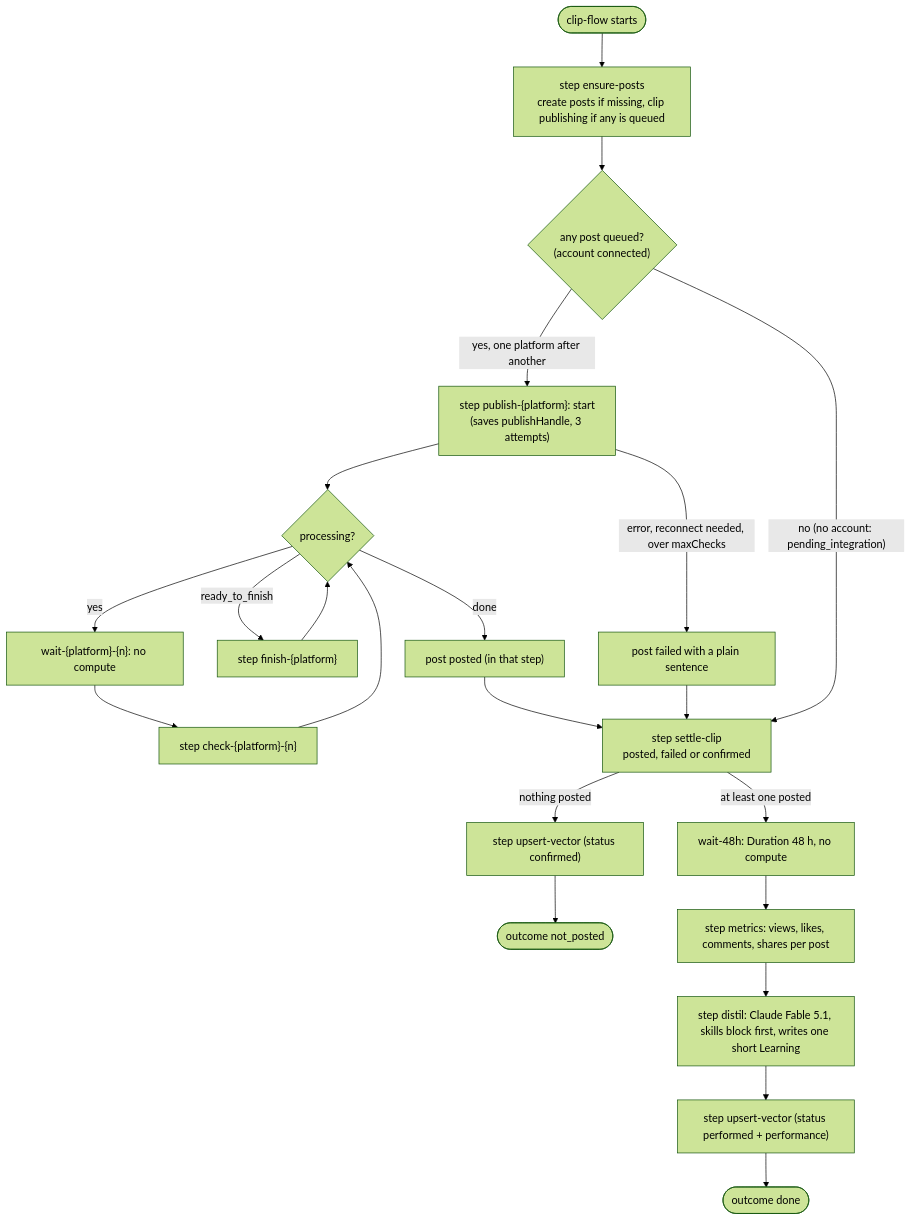
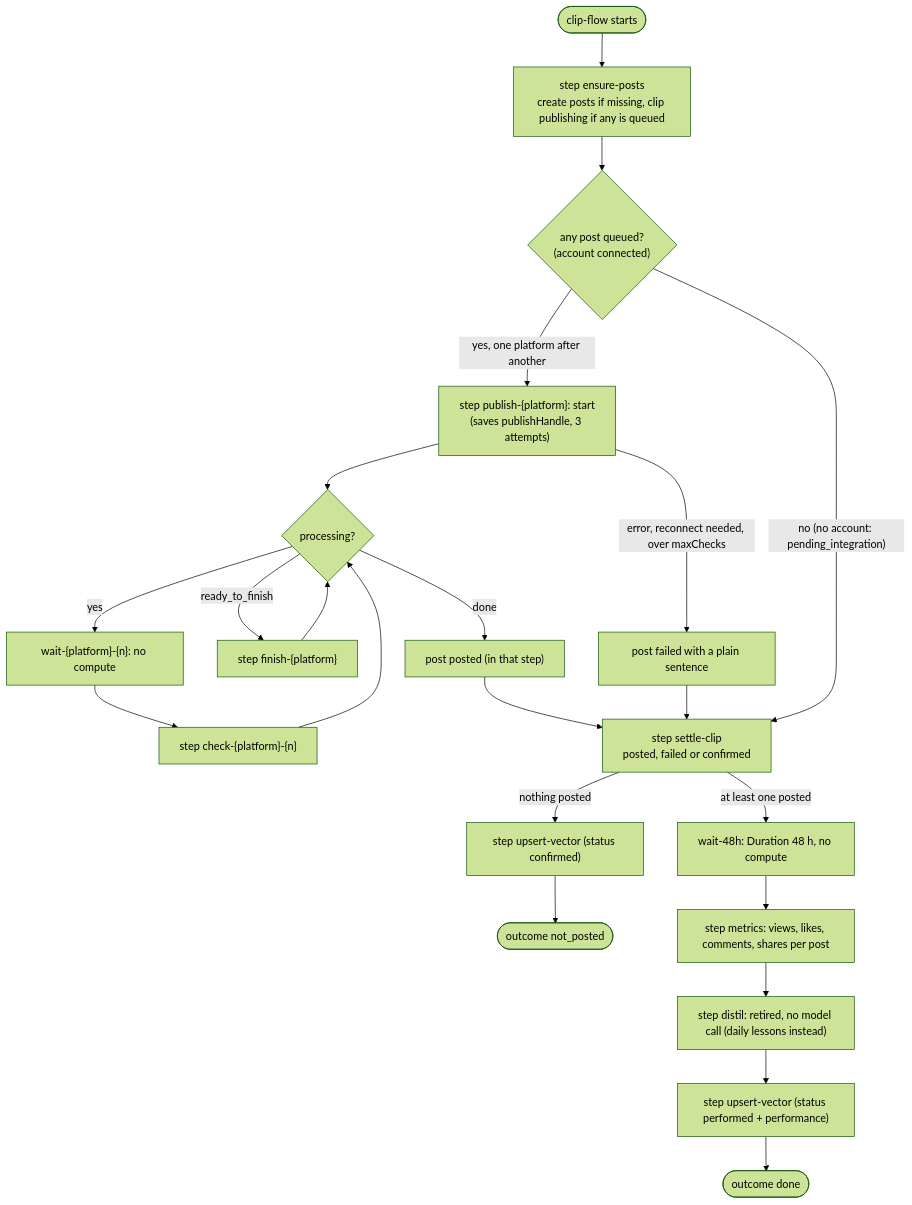
Before and after one commit to Lamo2real/clip-factory: the ninth of 20 diagrams in docs/ARCHITECTURE.md, drawn with Mermaid (forest theme). The commit also changed other lines of this file and 12 other files, not shown here.

````diff
--- a/docs/ARCHITECTURE.md
+++ b/docs/ARCHITECTURE.md
@@ -407,18 +408,18 @@
 ```mermaid
 flowchart TD
   s([clip-flow starts]) --> ep["step ensure-posts<br/>create posts if missing, clip publishing if any is queued"]
   ep --> pub{"any post queued?<br/>(account connected)"}
   pub -- "yes, one platform after another" --> pp["step publish-{platform}: start<br/>(saves publishHandle, 3 attempts)"]
   pp --> chk{"processing?"}
   chk -- yes --> wt["wait-{platform}-{n}: no compute"] --> ck["step check-{platform}-{n}"] --> chk
   chk -- "ready_to_finish" --> fin["step finish-{platform}"] --> chk
   chk -- done --> mp["post posted (in that step)"] --> settle
   pp -- "error, reconnect needed, over maxChecks" --> pf["post failed with a plain sentence"]
   pf --> settle
   pub -- "no (no account: pending_integration)" --> settle["step settle-clip<br/>posted, failed or confirmed"]
   settle -- "nothing posted" --> uv1["step upsert-vector (status confirmed)"] --> np([outcome not_posted])
   settle -- "at least one posted" --> w48["wait-48h: Duration 48 h, no compute"]
   w48 --> met["step metrics: views, likes, comments, shares per post"]
-  met --> dis["step distil: Claude Fable 5.1, skills block first, writes one short Learning"]
+  met --> dis["step distil: retired, no model call (daily lessons instead)"]
   dis --> uv2["step upsert-vector (status performed + performance)"] --> done([outcome done])
 ```
````
